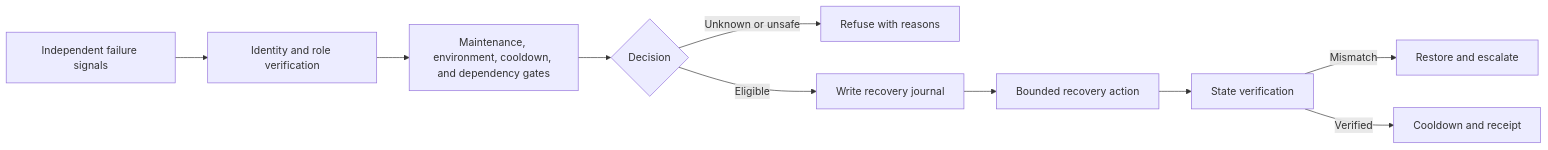
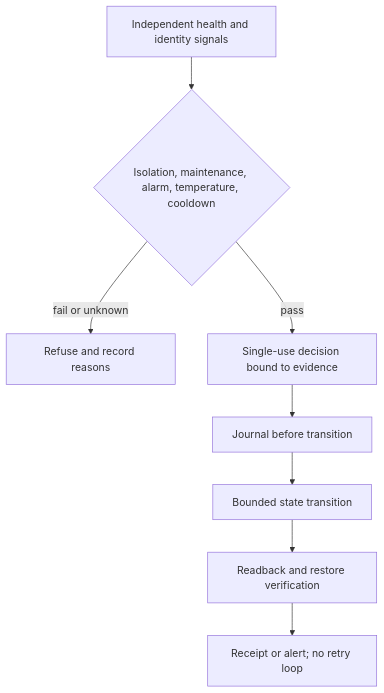
The diagram in docs/ARCHITECTURE.md (GumbiiDigital/dgx-spark-guarded-power-recovery-public), drawn with Mermaid before and after one commit. The commit also changed 4 other files, not shown here.

First line of the commit message:
docs: apply canonical evidence-led engineering record

````diff
--- a/docs/ARCHITECTURE.md
+++ b/docs/ARCHITECTURE.md
@@ -1,12 +1,10 @@
 ```mermaid
-flowchart LR
-  S["Independent failure signals"] --> I["Identity and role verification"]
-  I --> G["Maintenance, environment, cooldown, and dependency gates"]
-  G --> D{"Decision"}
-  D -->|Unknown or unsafe| R["Refuse with reasons"]
-  D -->|Eligible| J["Write recovery journal"]
-  J --> A["Bounded recovery action"]
-  A --> V["State verification"]
-  V -->|Mismatch| B["Restore and escalate"]
-  V -->|Verified| C["Cooldown and receipt"]
+flowchart TD
+    S["Independent health and identity signals"] --> G{"Isolation, maintenance, alarm, temperature, cooldown"}
+    G -->|fail or unknown| N["Refuse and record reasons"]
+    G -->|pass| D["Single-use decision bound to evidence"]
+    D --> J["Journal before transition"]
+    J --> O["Bounded state transition"]
+    O --> V["Readback and restore verification"]
+    V --> R["Receipt or alert; no retry loop"]
 ```
````
